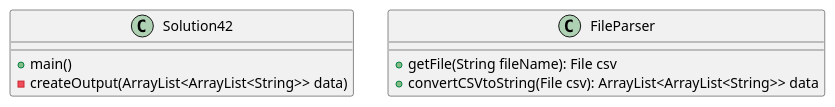
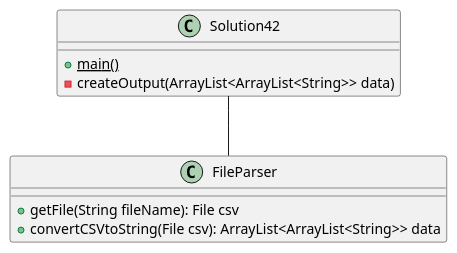
The diagram in exercise42/docs/Solution42.puml (peteperri/perri-a04), drawn with PlantUML before and after one commit. The commit also changed 18 other files, not shown here.

```diff
--- a/exercise42/docs/Solution42.puml
+++ b/exercise42/docs/Solution42.puml
@@ -1,14 +1,14 @@
 @startuml
 'https://plantuml.com/class-diagram
 
 class Solution42{
-+main()
++{static} main()
 -createOutput(ArrayList<ArrayList<String>> data)
 }
 class FileParser{
 +getFile(String fileName): File csv
 +convertCSVtoString(File csv): ArrayList<ArrayList<String>> data
 
 }
-
+Solution42 -- FileParser
 @enduml
```
